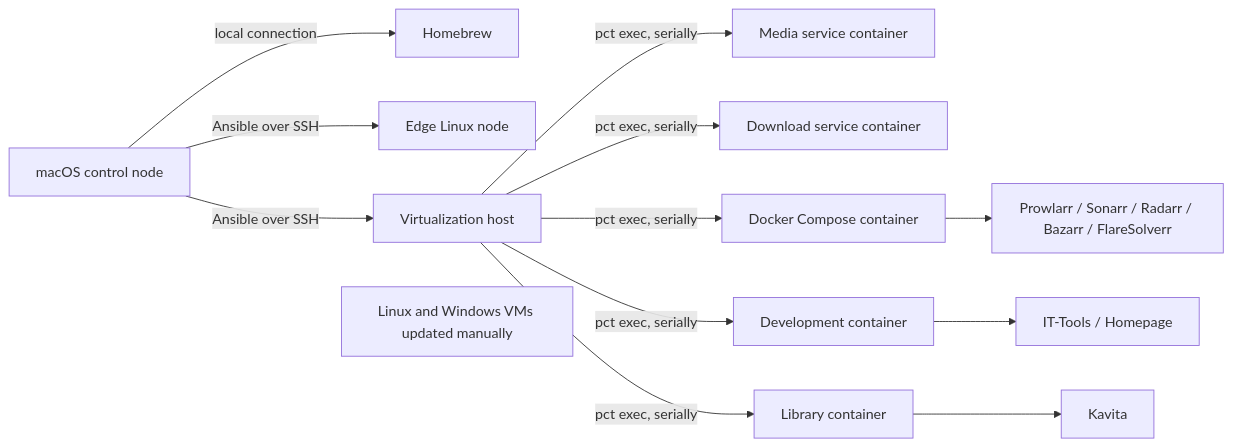
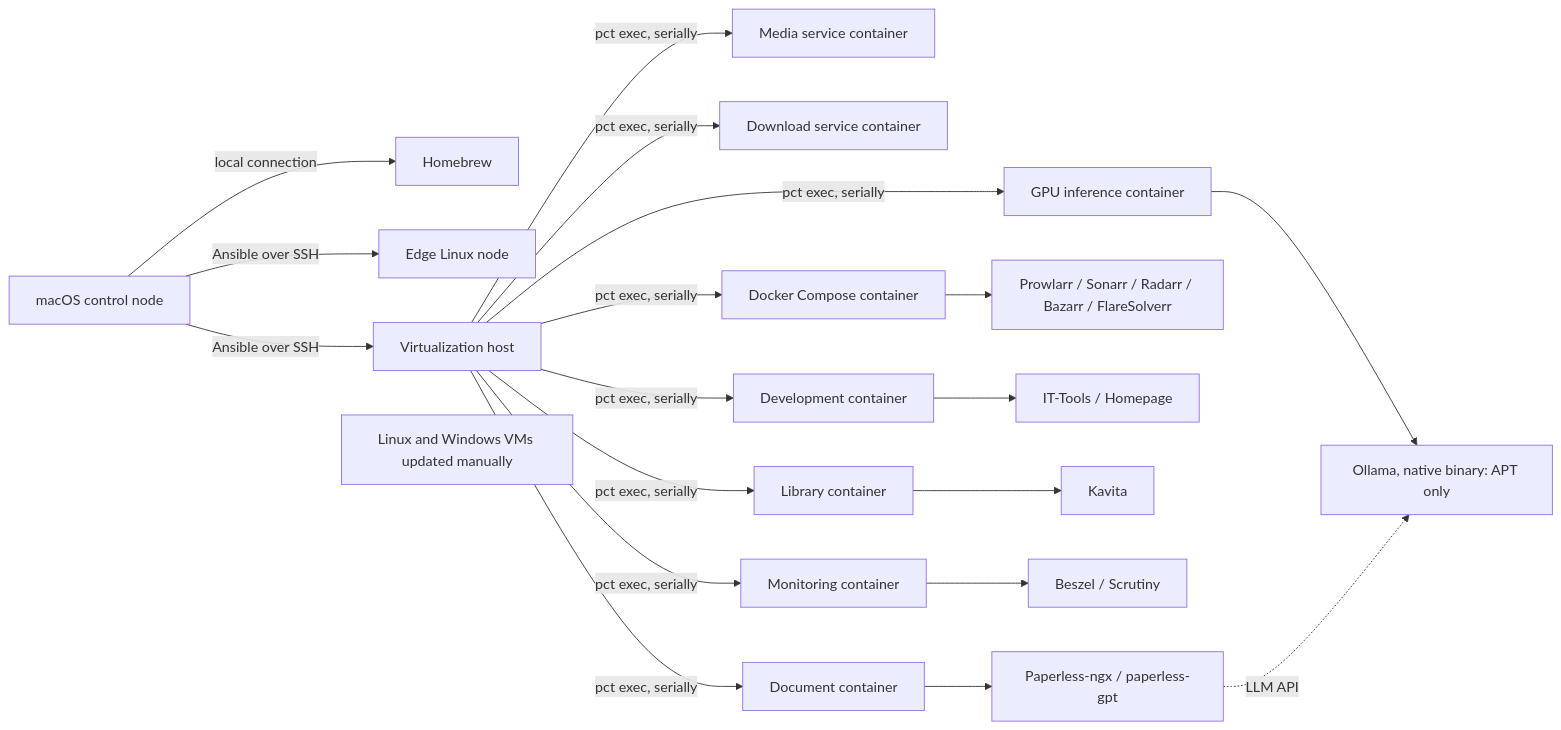
The diagram in README.md (stonalampa/homelab-ansible), drawn with Mermaid before and after one commit. The commit also changed other lines of this file, not shown here.

Commit message:
Ollama and paperless

````diff
--- a/README.md
+++ b/README.md
@@ -30,15 +30,22 @@
 ```mermaid
 flowchart LR
     Mac[macOS control node] -->|local connection| Brew[Homebrew]
     Mac -->|Ansible over SSH| Pi[Edge Linux node]
     Mac -->|Ansible over SSH| Hypervisor[Virtualization host]
     Hypervisor -->|pct exec, serially| Media[Media service container]
     Hypervisor -->|pct exec, serially| Download[Download service container]
     Hypervisor -->|pct exec, serially| Stack[Docker Compose container]
     Hypervisor -->|pct exec, serially| Dev[Development container]
     Hypervisor -->|pct exec, serially| Library[Library container]
+    Hypervisor -->|pct exec, serially| Monitor[Monitoring container]
+    Hypervisor -->|pct exec, serially| AI[GPU inference container]
+    Hypervisor -->|pct exec, serially| Docs[Document container]
     Mac ~~~ VMs[Linux and Windows VMs updated manually]
     Stack --> Apps[Prowlarr / Sonarr / Radarr / Bazarr / FlareSolverr]
     Dev --> DevApps[IT-Tools / Homepage]
     Library --> LibApps[Kavita]
+    Monitor --> MonApps[Beszel / Scrutiny]
+    AI --> AIApps[Ollama, native binary: APT only]
+    Docs --> DocApps[Paperless-ngx / paperless-gpt]
+    DocApps -.->|LLM API| AIApps
 ```
````
